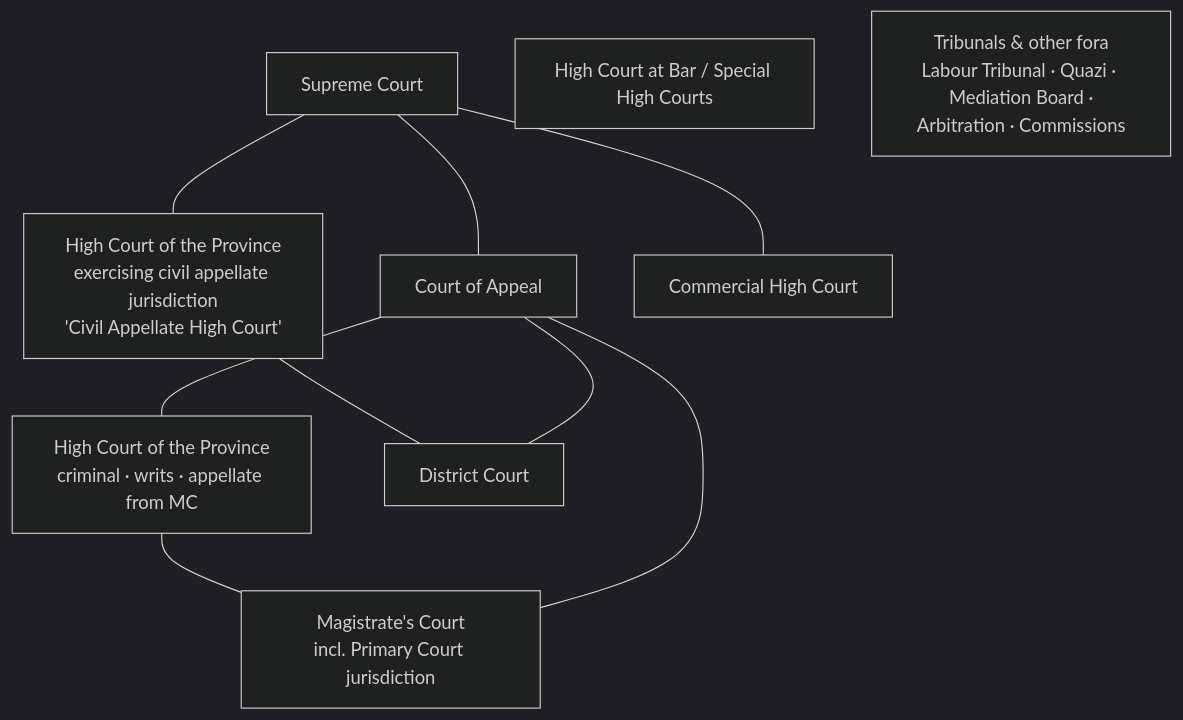
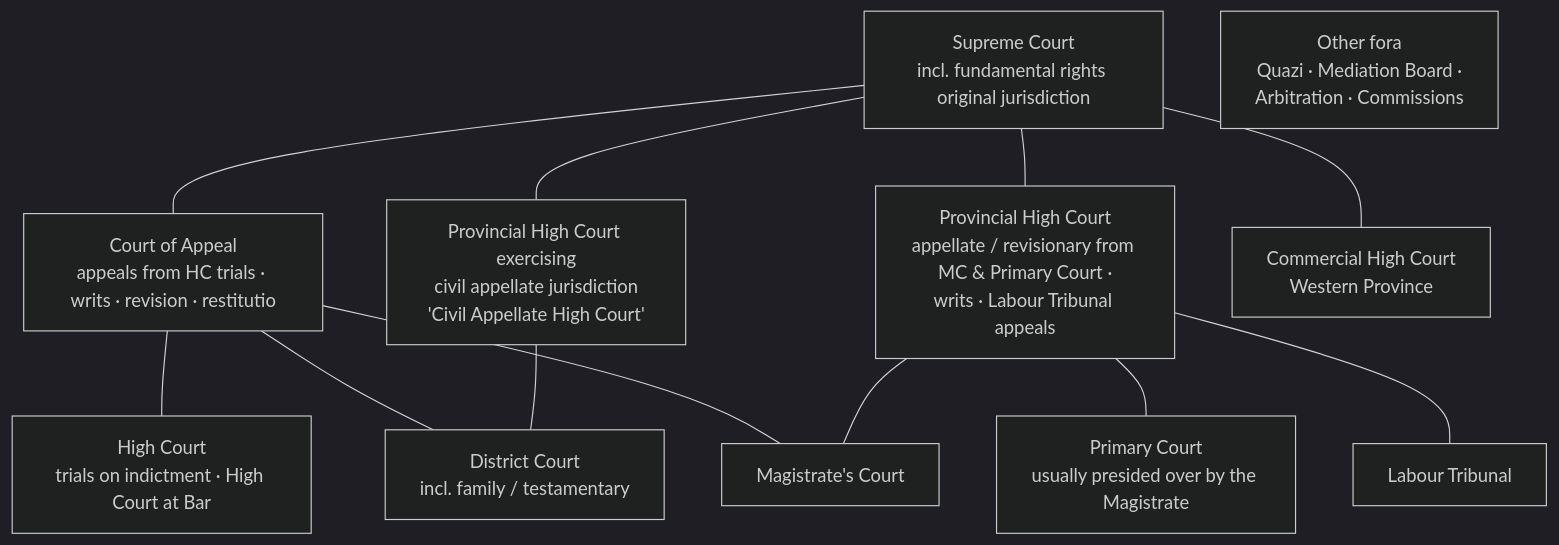
Before and after one commit to nipuna-cloudsecadvisors/NithiDesk: the first of 2 diagrams in docs/05-court-proceeding-model.md, drawn with Mermaid (dark theme). The commit also changed other lines of this file and 22 other files, not shown here.

````diff
--- a/docs/05-court-proceeding-model.md
+++ b/docs/05-court-proceeding-model.md
@@ -22,21 +22,26 @@
 ```mermaid
 flowchart TB
-    SC[Supreme Court]
-    CA[Court of Appeal]
-    HC[High Court of the Province<br/>criminal · writs · appellate from MC]
-    HCCA[High Court of the Province<br/>exercising civil appellate jurisdiction<br/>'Civil Appellate High Court']
-    COMHC[Commercial High Court]
-    HCB[High Court at Bar / Special High Courts]
-    DC[District Court]
-    MC[Magistrate's Court<br/>incl. Primary Court jurisdiction]
-    OT[Tribunals & other fora<br/>Labour Tribunal · Quazi · Mediation Board ·<br/>Arbitration · Commissions]
+    SC[Supreme Court<br/>incl. fundamental rights original jurisdiction]
+    CA[Court of Appeal<br/>appeals from HC trials · writs · revision · restitutio]
+    HC[High Court<br/>trials on indictment · High Court at Bar]
+    PHC[Provincial High Court<br/>appellate / revisionary from MC & Primary Court ·<br/>writs · Labour Tribunal appeals]
+    HCCA[Provincial High Court exercising<br/>civil appellate jurisdiction<br/>'Civil Appellate High Court']
+    COMHC[Commercial High Court<br/>Western Province]
+    DC[District Court<br/>incl. family / testamentary]
+    MC[Magistrate's Court]
+    PC[Primary Court<br/>usually presided over by the Magistrate]
+    LT[Labour Tribunal]
+    OT[Other fora<br/>Quazi · Mediation Board ·<br/>Arbitration · Commissions]
 
     SC --- CA
-    CA --- HC
     SC --- HCCA
     SC --- COMHC
-    HCCA --- DC
-    HC --- MC
+    SC --- PHC
+    CA --- HC
     CA --- DC
     CA --- MC
+    HCCA --- DC
+    PHC --- MC
+    PHC --- PC
+    PHC --- LT
 ```
````
